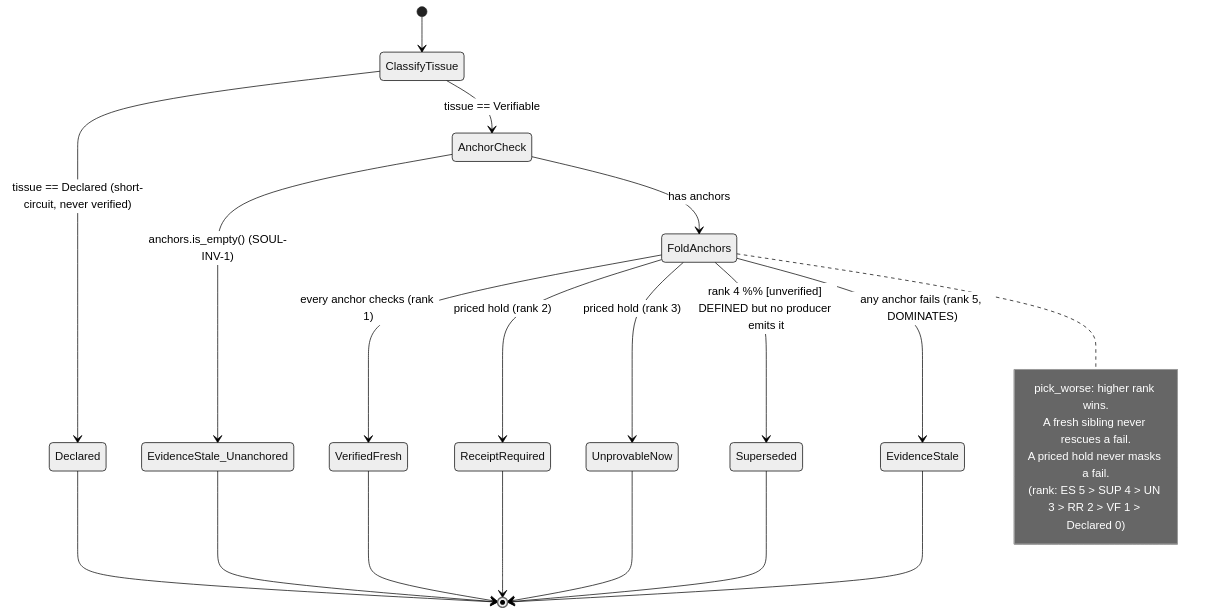
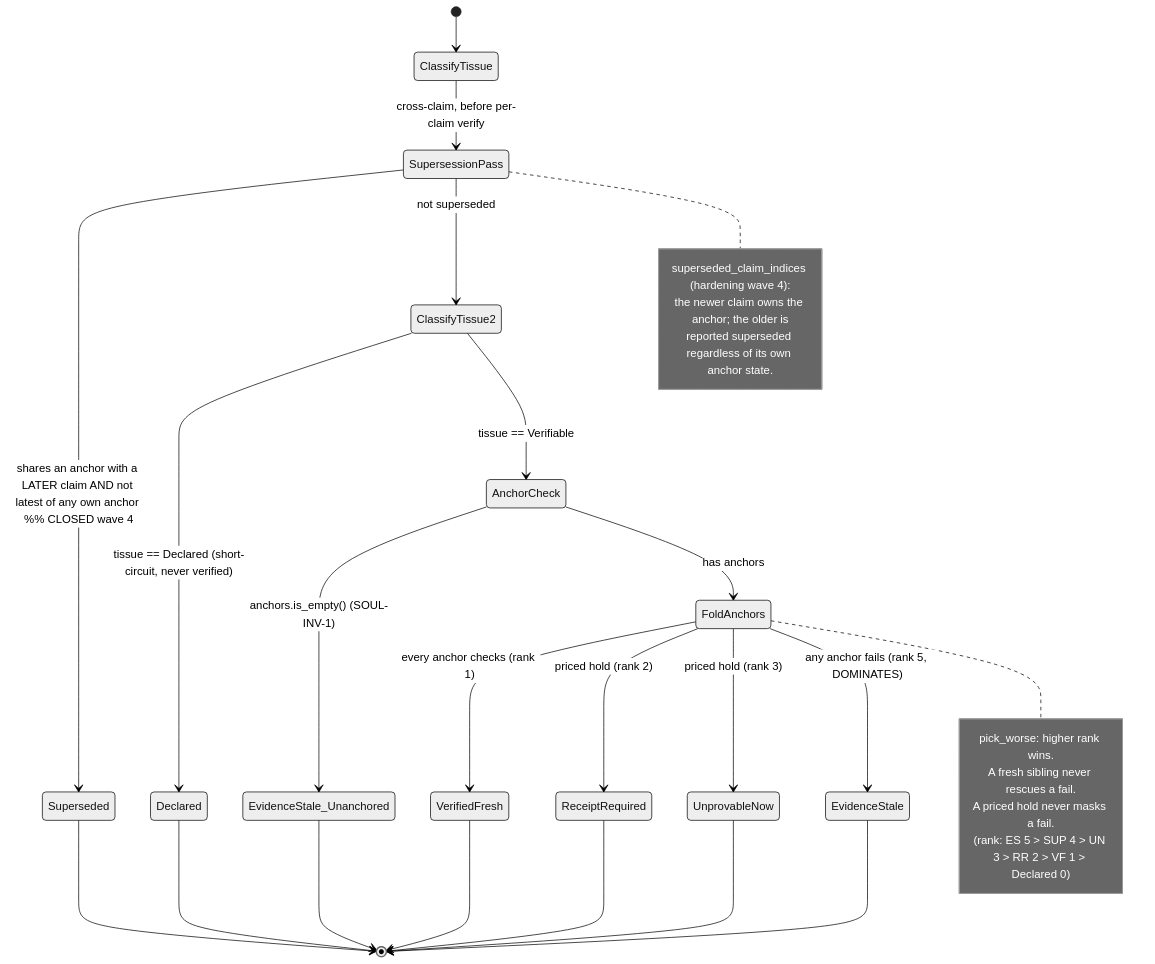
The third of 4 diagrams in docs/uml/soul.md (maxkle1nz/m1nd), drawn with Mermaid (neutral theme) before and after one commit. The commit also changed other lines of this file and 4 other files, not shown here.

First line of the commit message:
docs(uml): close the wave-4 ledger — perspective, auto-ingest, delegation, mission, soul

````diff
--- a/docs/uml/soul.md
+++ b/docs/uml/soul.md
@@ -150,30 +150,38 @@
 ```mermaid
 stateDiagram-v2
     [*] --> ClassifyTissue
-    ClassifyTissue --> Declared : tissue == Declared (short-circuit, never verified)
-    ClassifyTissue --> AnchorCheck : tissue == Verifiable
+    ClassifyTissue --> SupersessionPass : cross-claim, before per-claim verify
+    SupersessionPass --> Superseded : shares an anchor with a LATER claim AND not latest of any own anchor %% CLOSED wave 4
+    SupersessionPass --> ClassifyTissue2 : not superseded
+    ClassifyTissue2 --> Declared : tissue == Declared (short-circuit, never verified)
+    ClassifyTissue2 --> AnchorCheck : tissue == Verifiable
 
     AnchorCheck --> EvidenceStale_Unanchored : anchors.is_empty() (SOUL-INV-1)
     AnchorCheck --> FoldAnchors : has anchors
 
     FoldAnchors --> VerifiedFresh : every anchor checks (rank 1)
     FoldAnchors --> ReceiptRequired : priced hold (rank 2)
     FoldAnchors --> UnprovableNow : priced hold (rank 3)
-    FoldAnchors --> Superseded : rank 4 %% [unverified] DEFINED but no producer emits it
     FoldAnchors --> EvidenceStale : any anchor fails (rank 5, DOMINATES)
 
     note right of FoldAnchors
       pick_worse: higher rank wins.
       A fresh sibling never rescues a fail.
       A priced hold never masks a fail.
       (rank: ES 5 > SUP 4 > UN 3 > RR 2 > VF 1 > Declared 0)
+    end note
+
+    note right of SupersessionPass
+      superseded_claim_indices (hardening wave 4):
+      the newer claim owns the anchor; the older is
+      reported superseded regardless of its own anchor state.
     end note
 
     Declared --> [*]
     VerifiedFresh --> [*]
     EvidenceStale --> [*]
     EvidenceStale_Unanchored --> [*]
     ReceiptRequired --> [*]
     UnprovableNow --> [*]
     Superseded --> [*]
 ```
````
